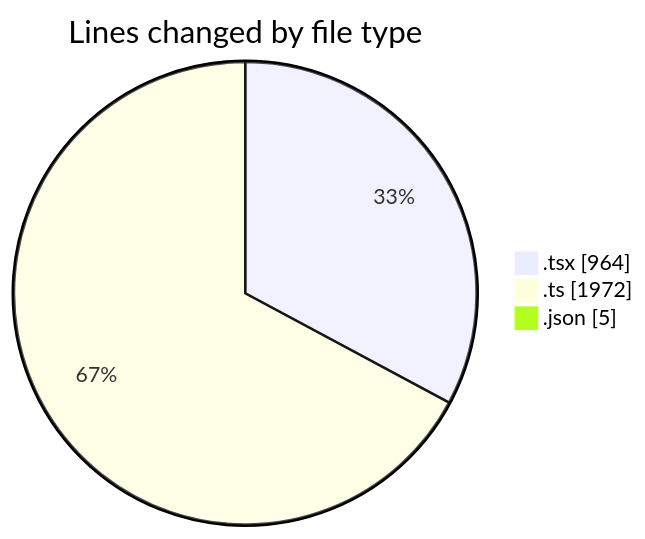
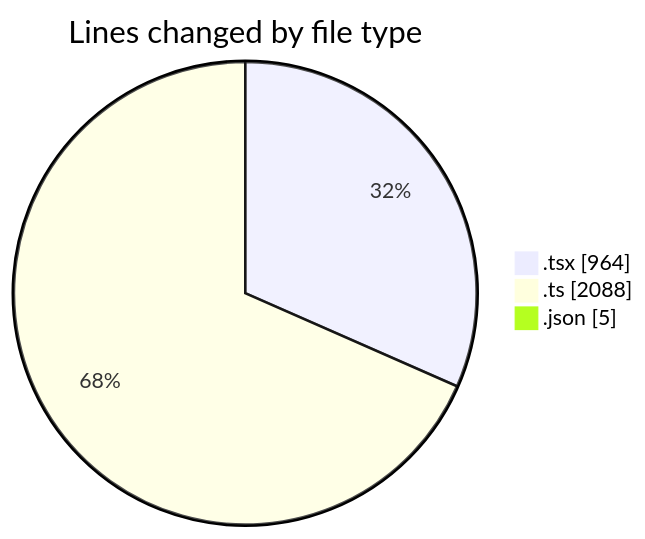
Before and after one commit to julien-gomy/code-tracking: the first of 2 diagrams in 2025-11-23/eventscop-frontend-guide__workspace_/README.md, drawn with Mermaid. The commit also changed other lines of this file and 1 other file, not shown here.

````diff
--- a/2025-11-23/eventscop-frontend-guide__workspace_/README.md
+++ b/2025-11-23/eventscop-frontend-guide__workspace_/README.md
@@ -40,7 +41,7 @@
 ```mermaid
 pie showData
 title Lines changed by file type
 ".tsx" : 964
-".ts" : 1972
+".ts" : 2088
 ".json" : 5
 ```
````
